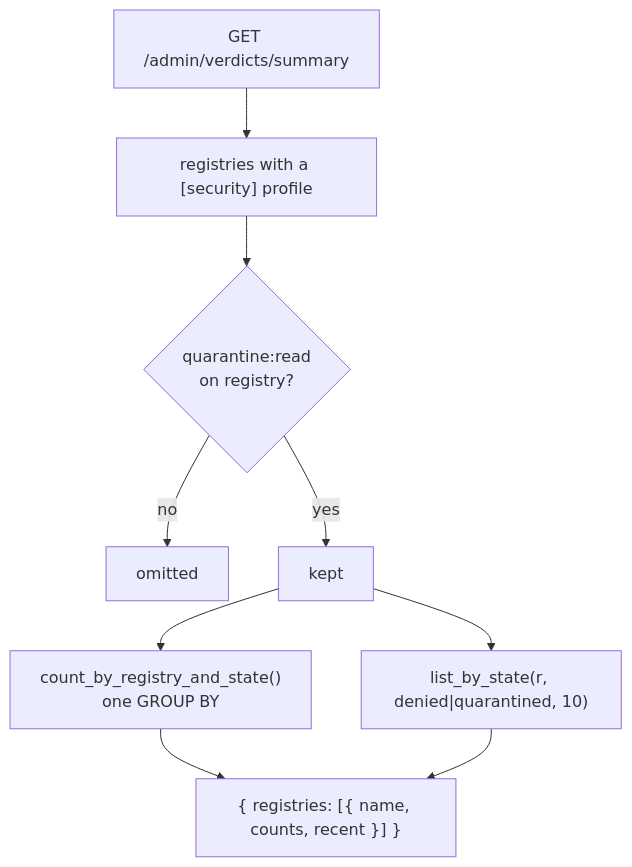
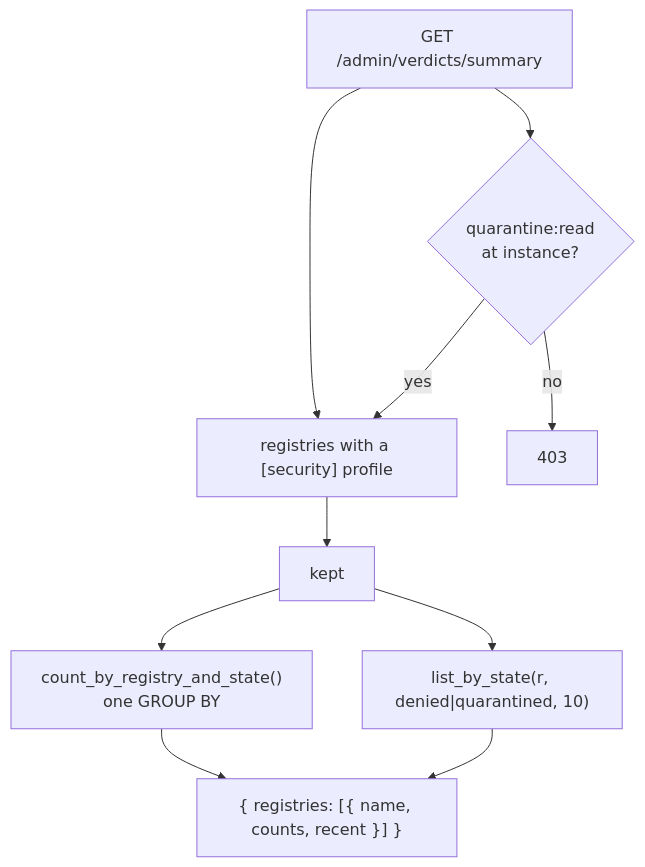
The third of 3 diagrams in docs/rfc/0042-security-console-by-verb.md (batlehub/batlehub), drawn with Mermaid before and after one commit. The commit also changed other lines of this file and 9 other files, not shown here.

````diff
--- a/docs/rfc/0042-security-console-by-verb.md
+++ b/docs/rfc/0042-security-console-by-verb.md
@@ -291,11 +291,12 @@
 ```mermaid
 flowchart TD
     R["GET /admin/verdicts/summary"] --> A["registries with a [security] profile"]
-    A --> F{"quarantine:read<br/>on registry?"}
-    F -->|"no"| SKIP["omitted"]
-    F -->|"yes"| K["kept"]
+    R --> F{"quarantine:read<br/>at instance?"}
+    F -->|"no"| SKIP["403"]
+    F -->|"yes"| A
+    A --> K["kept"]
     K --> Q1["count_by_registry_and_state()<br/>one GROUP BY"]
     K --> Q2["list_by_state(r, denied|quarantined, 10)"]
     Q1 --> OUT["{ registries: [{ name, counts, recent }] }"]
     Q2 --> OUT
 ```
````
